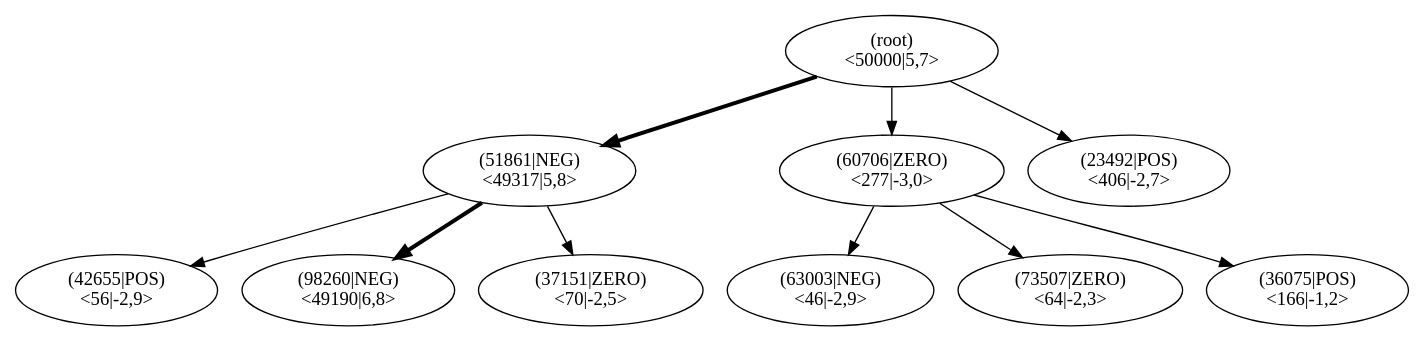
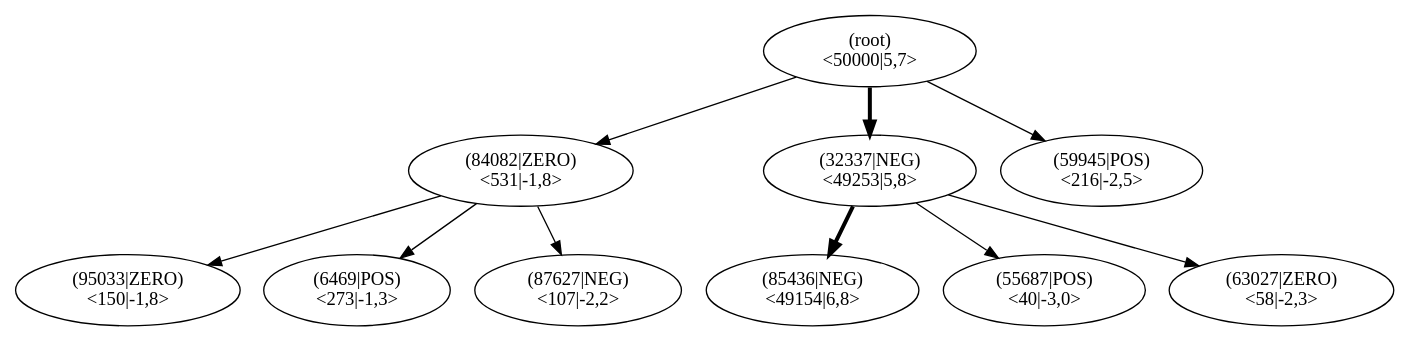
The diagram in pictures/ch13/lane_runner_mcts.dot (JonasHellgren/relexp-java), drawn with Graphviz before and after one commit. The commit also changed 6 other files, not shown here.

```diff
--- a/pictures/ch13/lane_runner_mcts.dot
+++ b/pictures/ch13/lane_runner_mcts.dot
@@ -1,32 +1,32 @@
 digraph MCTS {
 node [shape=ellipse];
 Nroot [label="(root)
 <50000|5,7>"];
-Nroot -> N51861[penwidth=3];
-N51861 [label="(51861|NEG)
-<49317|5,8>"];
-N51861 -> N42655[penwidth=1];
-N42655 [label="(42655|POS)
-<56|-2,9>"];
-N51861 -> N98260[penwidth=3];
-N98260 [label="(98260|NEG)
-<49190|6,8>"];
-N51861 -> N37151[penwidth=1];
-N37151 [label="(37151|ZERO)
-<70|-2,5>"];
-Nroot -> N60706[penwidth=1];
-N60706 [label="(60706|ZERO)
-<277|-3,0>"];
-N60706 -> N63003[penwidth=1];
-N63003 [label="(63003|NEG)
-<46|-2,9>"];
-N60706 -> N73507[penwidth=1];
-N73507 [label="(73507|ZERO)
-<64|-2,3>"];
-N60706 -> N36075[penwidth=1];
-N36075 [label="(36075|POS)
-<166|-1,2>"];
-Nroot -> N23492[penwidth=1];
-N23492 [label="(23492|POS)
-<406|-2,7>"];
+Nroot -> N84082[penwidth=1];
+N84082 [label="(84082|ZERO)
+<531|-1,8>"];
+N84082 -> N95033[penwidth=1];
+N95033 [label="(95033|ZERO)
+<150|-1,8>"];
+N84082 -> N6469[penwidth=1];
+N6469 [label="(6469|POS)
+<273|-1,3>"];
+N84082 -> N87627[penwidth=1];
+N87627 [label="(87627|NEG)
+<107|-2,2>"];
+Nroot -> N32337[penwidth=3];
+N32337 [label="(32337|NEG)
+<49253|5,8>"];
+N32337 -> N85436[penwidth=3];
+N85436 [label="(85436|NEG)
+<49154|6,8>"];
+N32337 -> N55687[penwidth=1];
+N55687 [label="(55687|POS)
+<40|-3,0>"];
+N32337 -> N63027[penwidth=1];
+N63027 [label="(63027|ZERO)
+<58|-2,3>"];
+Nroot -> N59945[penwidth=1];
+N59945 [label="(59945|POS)
+<216|-2,5>"];
 }
```
